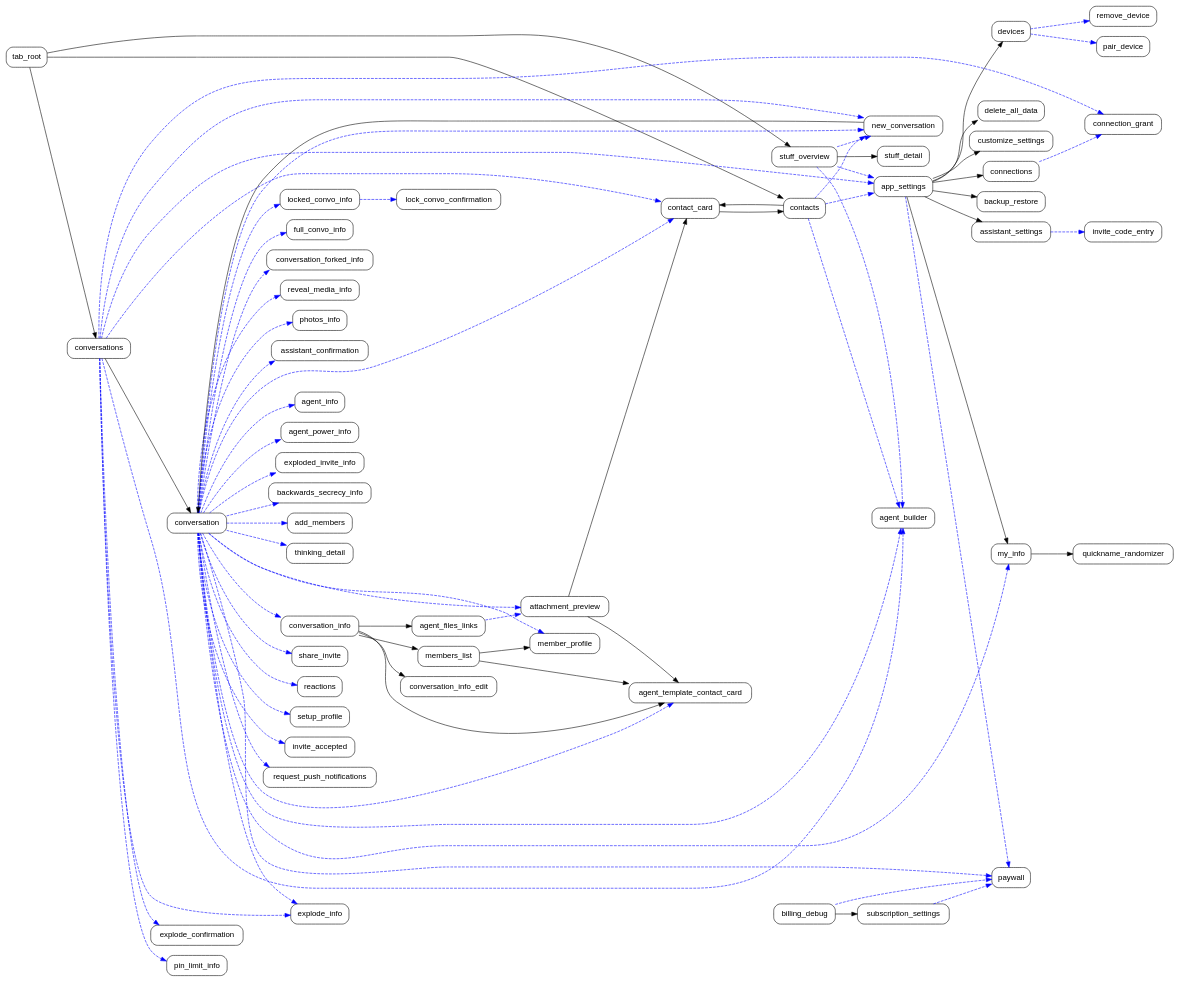
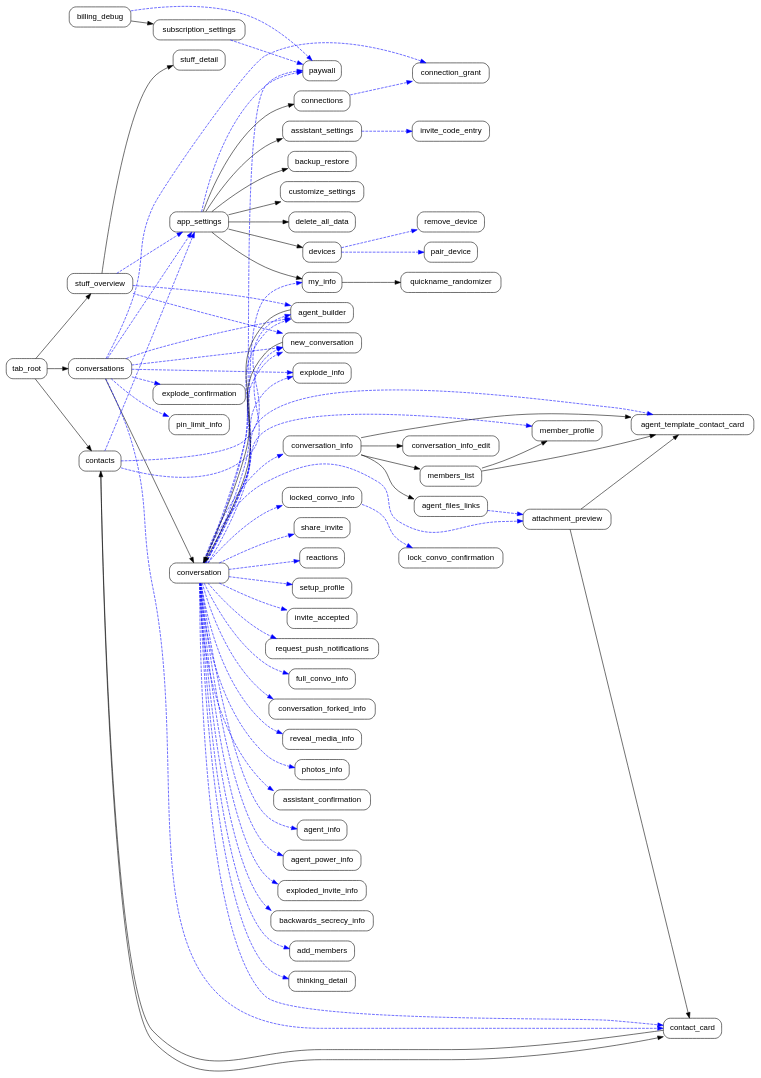
The diagram in navigators.dot (xmtplabs/convos-shared), drawn with Graphviz before and after one commit. The commit also changed 6 other files, not shown here.

```diff
--- a/navigators.dot
+++ b/navigators.dot
@@ -1,135 +1,140 @@
 digraph navigators {
     rankdir=LR;
     node [shape=rectangle, style=rounded, fontname="Helvetica"];
     edge [fontname="Helvetica", fontsize=10];
 
-    "tab_root";
-    "conversations";
+    { rank=same;
+        "tab_root";
+    }
+    { rank=same;
+        "conversations";
+        "stuff_overview";
+        "contacts";
+    }
     "conversation";
-    "stuff_overview";
     "stuff_detail";
     "app_settings";
     "new_conversation";
     "explode_confirmation";
+    "connection_grant";
+    "explode_info";
+    "pin_limit_info";
+    "contact_card";
+    "agent_builder";
     "conversation_info";
-    "conversation_info_edit";
-    "members_list";
     "member_profile";
     "share_invite";
     "reactions";
-    "agent_files_links";
     "setup_profile";
     "invite_accepted";
     "request_push_notifications";
     "my_info";
     "customize_settings";
     "assistant_settings";
     "connections";
     "backup_restore";
     "delete_all_data";
-    "quickname_randomizer";
-    "invite_code_entry";
-    "connection_grant";
     "devices";
-    "pair_device";
-    "remove_device";
-    "explode_info";
-    "pin_limit_info";
     "locked_convo_info";
     "full_convo_info";
     "conversation_forked_info";
     "reveal_media_info";
     "photos_info";
     "assistant_confirmation";
     "agent_info";
     "agent_power_info";
     "exploded_invite_info";
     "backwards_secrecy_info";
-    "lock_convo_confirmation";
-    "contacts";
-    "contact_card";
     "agent_template_contact_card";
     "add_members";
-    "agent_builder";
     "thinking_detail";
     "attachment_preview";
     "paywall";
+    "conversation_info_edit";
+    "members_list";
+    "agent_files_links";
+    "quickname_randomizer";
+    "invite_code_entry";
+    "pair_device";
+    "remove_device";
+    "lock_convo_confirmation";
     "subscription_settings";
     "billing_debug";
 
     "tab_root" -> "conversations" [color=black];
     "tab_root" -> "stuff_overview" [color=black];
     "tab_root" -> "contacts" [color=black];
     "conversations" -> "conversation" [color=black];
     "conversations" -> "app_settings" [color=blue, style=dashed];
     "conversations" -> "new_conversation" [color=blue, style=dashed];
     "conversations" -> "explode_confirmation" [color=blue, style=dashed];
     "conversations" -> "connection_grant" [color=blue, style=dashed];
     "conversations" -> "explode_info" [color=blue, style=dashed];
     "conversations" -> "pin_limit_info" [color=blue, style=dashed];
     "conversations" -> "contact_card" [color=blue, style=dashed];
     "conversations" -> "agent_builder" [color=blue, style=dashed];
     "conversation" -> "paywall" [color=blue, style=dashed];
     "conversation" -> "conversation_info" [color=blue, style=dashed];
     "conversation" -> "my_info" [color=blue, style=dashed];
     "conversation" -> "member_profile" [color=blue, style=dashed];
     "conversation" -> "share_invite" [color=blue, style=dashed];
     "conversation" -> "new_conversation" [color=blue, style=dashed];
     "conversation" -> "reactions" [color=blue, style=dashed];
     "conversation" -> "explode_info" [color=blue, style=dashed];
     "conversation" -> "locked_convo_info" [color=blue, style=dashed];
     "conversation" -> "full_convo_info" [color=blue, style=dashed];
     "conversation" -> "conversation_forked_info" [color=blue, style=dashed];
     "conversation" -> "reveal_media_info" [color=blue, style=dashed];
     "conversation" -> "photos_info" [color=blue, style=dashed];
     "conversation" -> "assistant_confirmation" [color=blue, style=dashed];
     "conversation" -> "agent_info" [color=blue, style=dashed];
     "conversation" -> "agent_power_info" [color=blue, style=dashed];
     "conversation" -> "exploded_invite_info" [color=blue, style=dashed];
     "conversation" -> "setup_profile" [color=blue, style=dashed];
     "conversation" -> "invite_accepted" [color=blue, style=dashed];
     "conversation" -> "request_push_notifications" [color=blue, style=dashed];
     "conversation" -> "backwards_secrecy_info" [color=blue, style=dashed];
     "conversation" -> "add_members" [color=blue, style=dashed];
     "conversation" -> "contact_card" [color=blue, style=dashed];
     "conversation" -> "agent_template_contact_card" [color=blue, style=dashed];
     "conversation" -> "agent_builder" [color=blue, style=dashed];
     "conversation" -> "thinking_detail" [color=blue, style=dashed];
     "conversation" -> "attachment_preview" [color=blue, style=dashed];
     "stuff_overview" -> "stuff_detail" [color=black];
     "stuff_overview" -> "app_settings" [color=blue, style=dashed];
     "stuff_overview" -> "new_conversation" [color=blue, style=dashed];
     "stuff_overview" -> "agent_builder" [color=blue, style=dashed];
     "app_settings" -> "my_info" [color=black];
     "app_settings" -> "customize_settings" [color=black];
     "app_settings" -> "assistant_settings" [color=black];
     "app_settings" -> "connections" [color=black];
     "app_settings" -> "backup_restore" [color=black];
     "app_settings" -> "delete_all_data" [color=black];
     "app_settings" -> "devices" [color=black];
     "app_settings" -> "paywall" [color=blue, style=dashed];
     "new_conversation" -> "conversation" [color=black];
     "conversation_info" -> "conversation_info_edit" [color=black];
     "conversation_info" -> "members_list" [color=black];
     "conversation_info" -> "agent_files_links" [color=black];
     "conversation_info" -> "agent_template_contact_card" [color=black];
     "members_list" -> "member_profile" [color=black];
     "members_list" -> "agent_template_contact_card" [color=black];
     "agent_files_links" -> "attachment_preview" [color=blue, style=dashed];
     "my_info" -> "quickname_randomizer" [color=black];
     "assistant_settings" -> "invite_code_entry" [color=blue, style=dashed];
     "connections" -> "connection_grant" [color=blue, style=dashed];
     "devices" -> "pair_device" [color=blue, style=dashed];
     "devices" -> "remove_device" [color=blue, style=dashed];
     "locked_convo_info" -> "lock_convo_confirmation" [color=blue, style=dashed];
     "contacts" -> "contact_card" [color=black];
     "contacts" -> "new_conversation" [color=blue, style=dashed];
     "contacts" -> "app_settings" [color=blue, style=dashed];
     "contacts" -> "agent_builder" [color=blue, style=dashed];
     "contact_card" -> "contacts" [color=black];
+    "agent_builder" -> "conversation" [color=black];
     "attachment_preview" -> "contact_card" [color=black];
     "attachment_preview" -> "agent_template_contact_card" [color=black];
     "subscription_settings" -> "paywall" [color=blue, style=dashed];
     "billing_debug" -> "paywall" [color=blue, style=dashed];
     "billing_debug" -> "subscription_settings" [color=black];
 }
```
